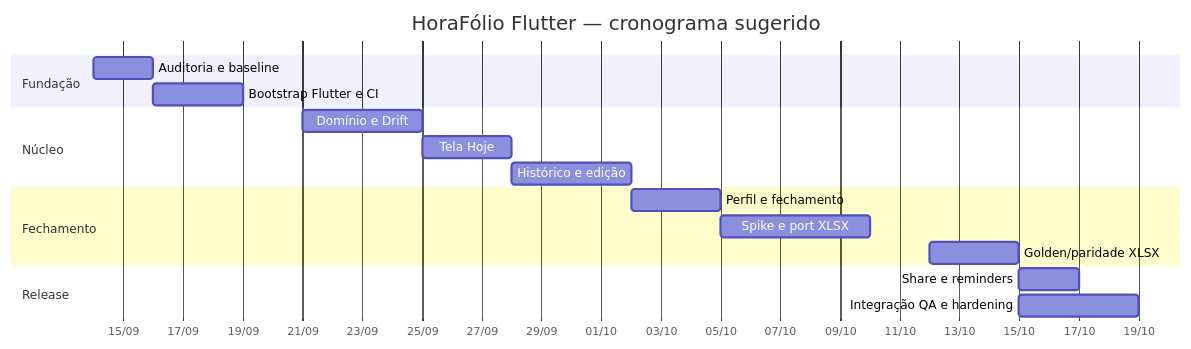
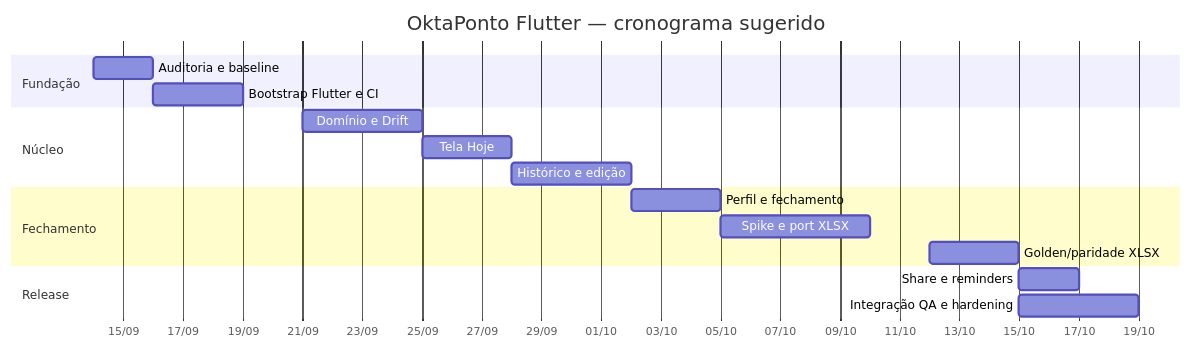
Before and after one commit to CarvalhoBrennin/oktaponto: the fifth of 5 diagrams in docs/PLANO_IMPLEMENTACAO_ORIGINAL.md, drawn with Mermaid. The commit also changed other lines of this file and 128 other files, not shown here.

````diff
--- a/docs/PLANO_IMPLEMENTACAO_ORIGINAL.md
+++ b/docs/PLANO_IMPLEMENTACAO_ORIGINAL.md
@@ -2053,24 +2053,24 @@
 ```mermaid
 gantt
-    title HoraFólio Flutter — cronograma sugerido
+    title OktaPonto Flutter — cronograma sugerido
     dateFormat YYYY-MM-DD
     axisFormat %d/%m
 
     section Fundação
     Auditoria e baseline       :a1, 2026-09-14, 2d
     Bootstrap Flutter e CI     :a2, after a1, 3d
 
     section Núcleo
     Domínio e Drift            :b1, 2026-09-21, 4d
     Tela Hoje                  :b2, after b1, 3d
     Histórico e edição         :b3, 2026-09-28, 4d
 
     section Fechamento
     Perfil e fechamento        :c1, after b3, 3d
     Spike e port XLSX          :c2, 2026-10-05, 5d
     Golden/paridade XLSX       :c3, 2026-10-12, 3d
 
     section Release
     Share e reminders          :d1, after c3, 2d
     Integração QA e hardening  :d2, 2026-10-15, 4d
 ```
````
